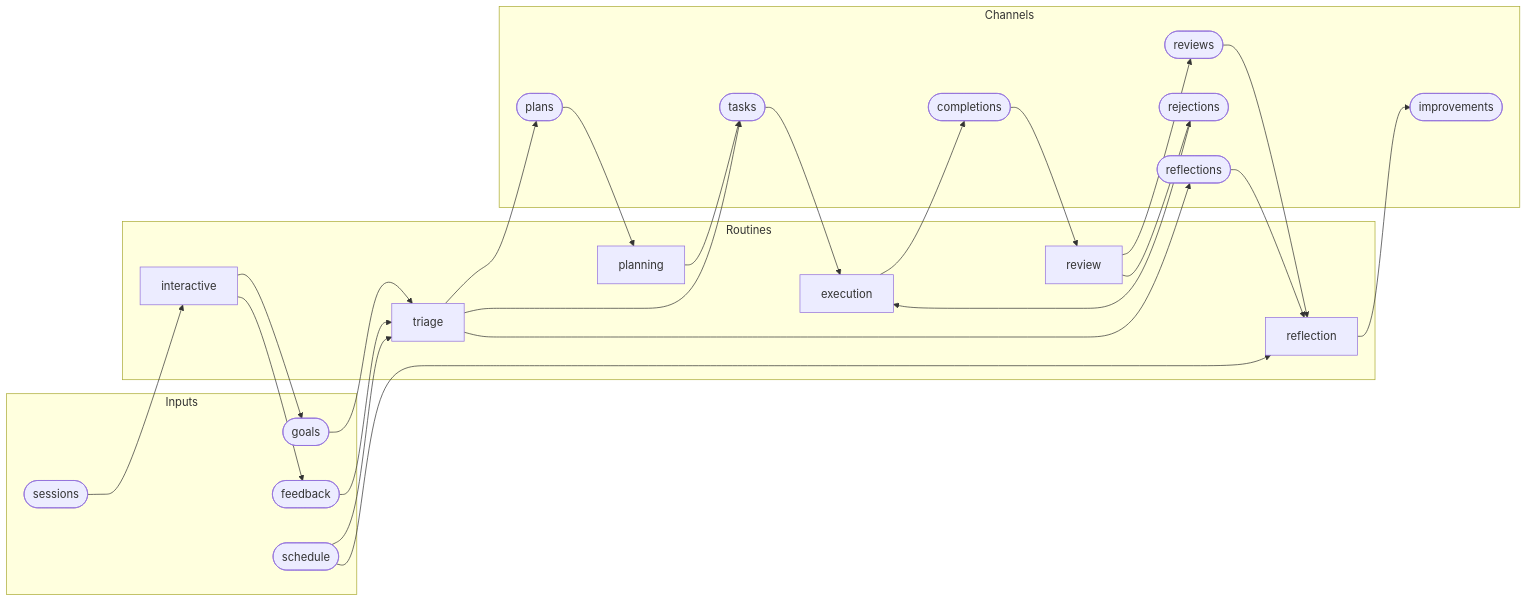
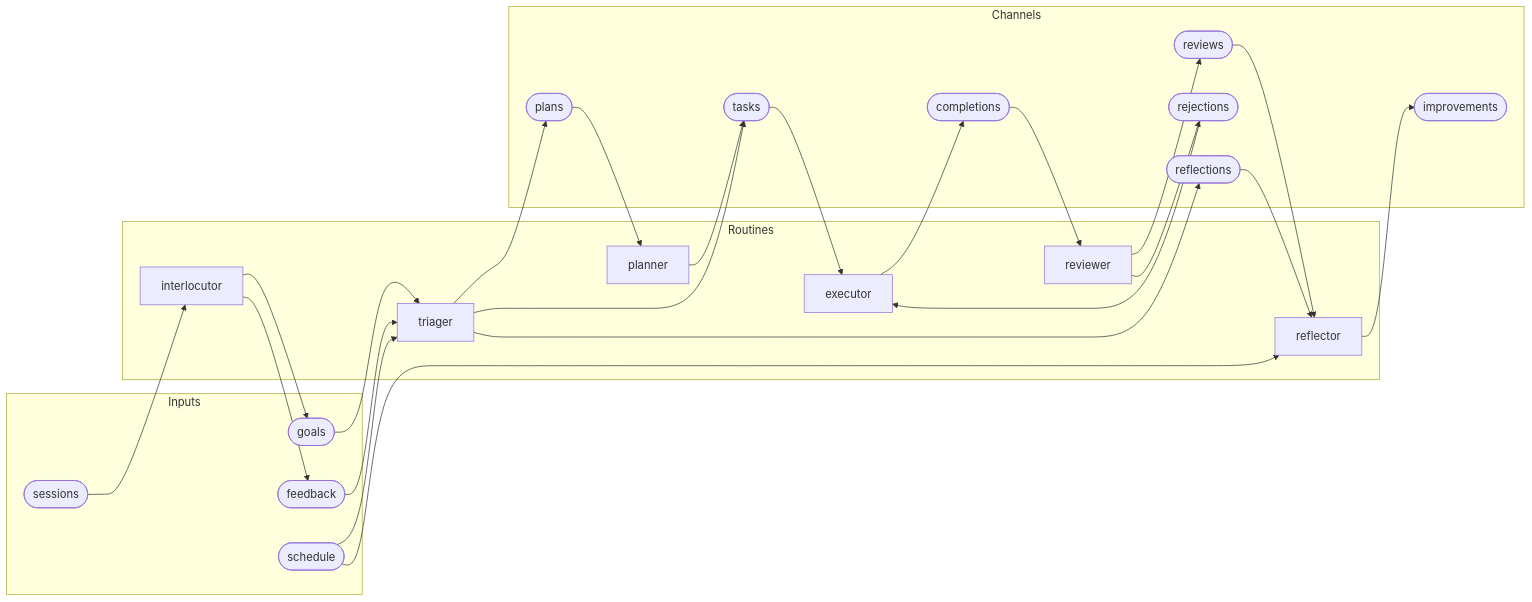
Before and after one commit to brayan07/cambium: the third of 5 diagrams in docs/architecture.md, drawn with Mermaid. The commit also changed other lines of this file, not shown here.

````diff
--- a/docs/architecture.md
+++ b/docs/architecture.md
@@ -161,55 +161,55 @@
 ```mermaid
 graph LR
     subgraph Inputs
         sessions(["sessions"])
         goals(["goals"])
         feedback(["feedback"])
         schedule(["schedule"])
     end
 
     subgraph Routines
-        interactive["interactive"]
-        triage["triage"]
-        planning["planning"]
-        execution["execution"]
-        review["review"]
-        reflection["reflection"]
+        interlocutor["interlocutor"]
+        triager["triager"]
+        planner["planner"]
+        executor["executor"]
+        reviewer["reviewer"]
+        reflector["reflector"]
     end
 
     subgraph Channels
         plans(["plans"])
         tasks(["tasks"])
         completions(["completions"])
         reviews(["reviews"])
         rejections(["rejections"])
         reflections(["reflections"])
         improvements(["improvements"])
     end
 
-    sessions --> interactive
-    interactive --> goals
-    interactive --> feedback
+    sessions --> interlocutor
+    interlocutor --> goals
+    interlocutor --> feedback
 
-    goals --> triage
-    feedback --> triage
-    schedule --> triage
-    triage --> plans
-    triage --> tasks
-    triage --> reflections
+    goals --> triager
+    feedback --> triager
+    schedule --> triager
+    triager --> plans
+    triager --> tasks
+    triager --> reflections
 
-    plans --> planning
-    planning --> tasks
+    plans --> planner
+    planner --> tasks
 
-    tasks --> execution
-    rejections --> execution
-    execution --> completions
+    tasks --> executor
+    rejections --> executor
+    executor --> completions
 
-    completions --> review
-    review --> reviews
-    review --> rejections
+    completions --> reviewer
+    reviewer --> reviews
+    reviewer --> rejections
 
-    reviews --> reflection
-    schedule --> reflection
-    reflections --> reflection
-    reflection --> improvements
+    reviews --> reflector
+    schedule --> reflector
+    reflections --> reflector
+    reflector --> improvements
 ```
````
